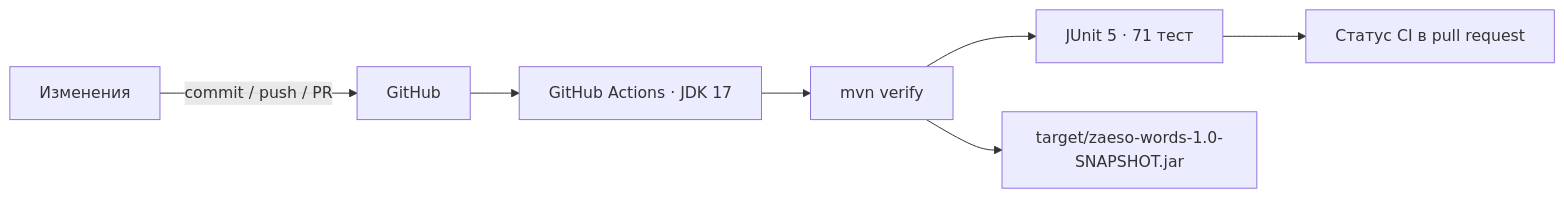
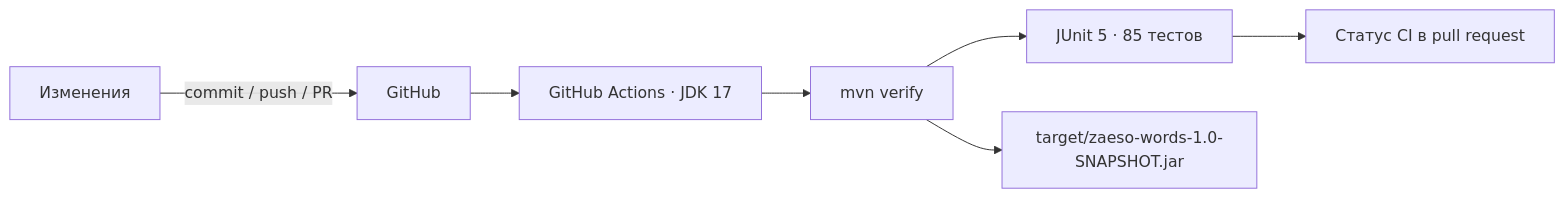
The third of 4 diagrams in zaeso-Words-Roadmap.md (zaeso/zaeso-Words), drawn with Mermaid before and after one commit. The commit also changed other lines of this file and 11 other files, not shown here.

````diff
--- a/zaeso-Words-Roadmap.md
+++ b/zaeso-Words-Roadmap.md
@@ -173,9 +179,9 @@
 ```mermaid
 flowchart LR
     DEV["Изменения"] -->|"commit / push / PR"| GH["GitHub"]
     GH --> CI["GitHub Actions · JDK 17"]
     CI --> MVN["mvn verify"]
-    MVN --> TESTS["JUnit 5 · 71 тест"]
+    MVN --> TESTS["JUnit 5 · 85 тестов"]
     MVN --> JAR["target/zaeso-words-1.0-SNAPSHOT.jar"]
     TESTS --> STATUS["Статус CI в pull request"]
 ```
````
